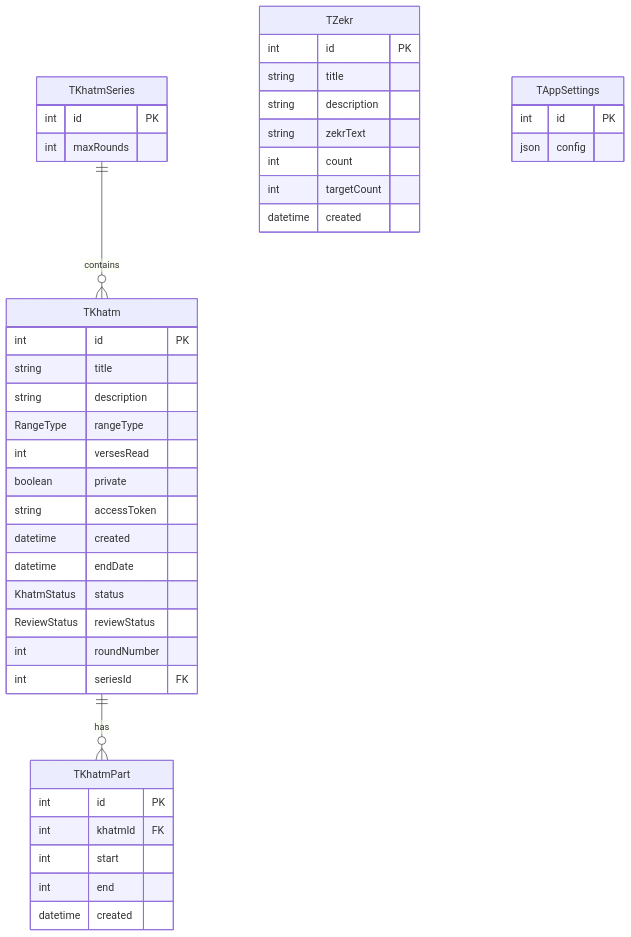
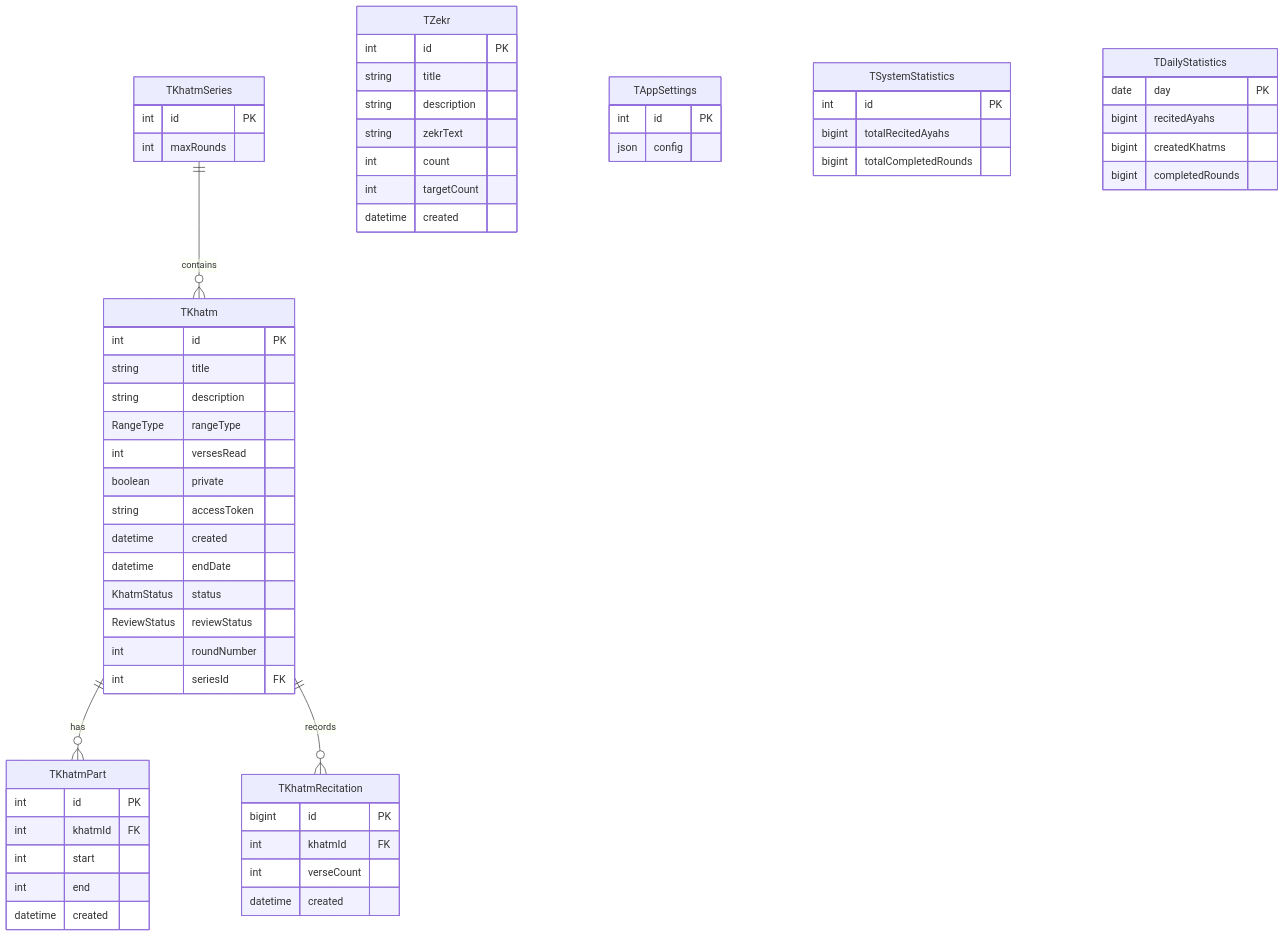
One commit to sabereen/dorkhani changed the fourth of 4 diagrams in ARCHITECTURE.md. Above: the diagram before and after it, drawn with Mermaid. The commit also changed other lines of this file and 11 other files, not shown here.

````diff
--- a/ARCHITECTURE.md
+++ b/ARCHITECTURE.md
@@ -273,44 +274,62 @@
 ```mermaid
 erDiagram
     TKhatmSeries ||--o{ TKhatm : contains
     TKhatm ||--o{ TKhatmPart : has
+    TKhatm ||--o{ TKhatmRecitation : records
     TKhatmSeries {
         int id PK
         int maxRounds
     }
     TKhatm {
         int id PK
         string title
         string description
         RangeType rangeType
         int versesRead
         boolean private
         string accessToken
         datetime created
         datetime endDate
         KhatmStatus status
         ReviewStatus reviewStatus
         int roundNumber
         int seriesId FK
     }
     TKhatmPart {
         int id PK
         int khatmId FK
         int start
         int end
         datetime created
     }
+    TKhatmRecitation {
+        bigint id PK
+        int khatmId FK
+        int verseCount
+        datetime created
+    }
     TZekr {
         int id PK
         string title
         string description
         string zekrText
         int count
         int targetCount
         datetime created
     }
     TAppSettings {
         int id PK
         json config
     }
+    TSystemStatistics {
+        int id PK
+        bigint totalRecitedAyahs
+        bigint totalCompletedRounds
+    }
+    TDailyStatistics {
+        date day PK
+        bigint recitedAyahs
+        bigint createdKhatms
+        bigint completedRounds
+    }
 ```
````
